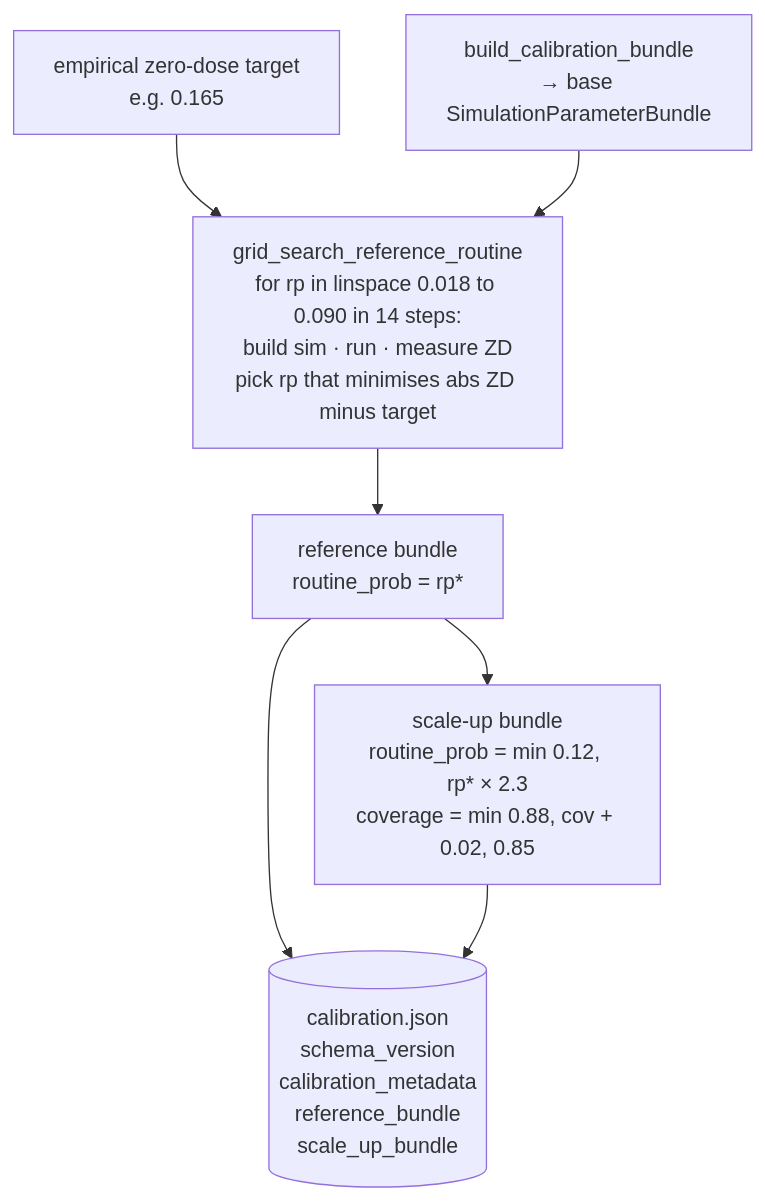
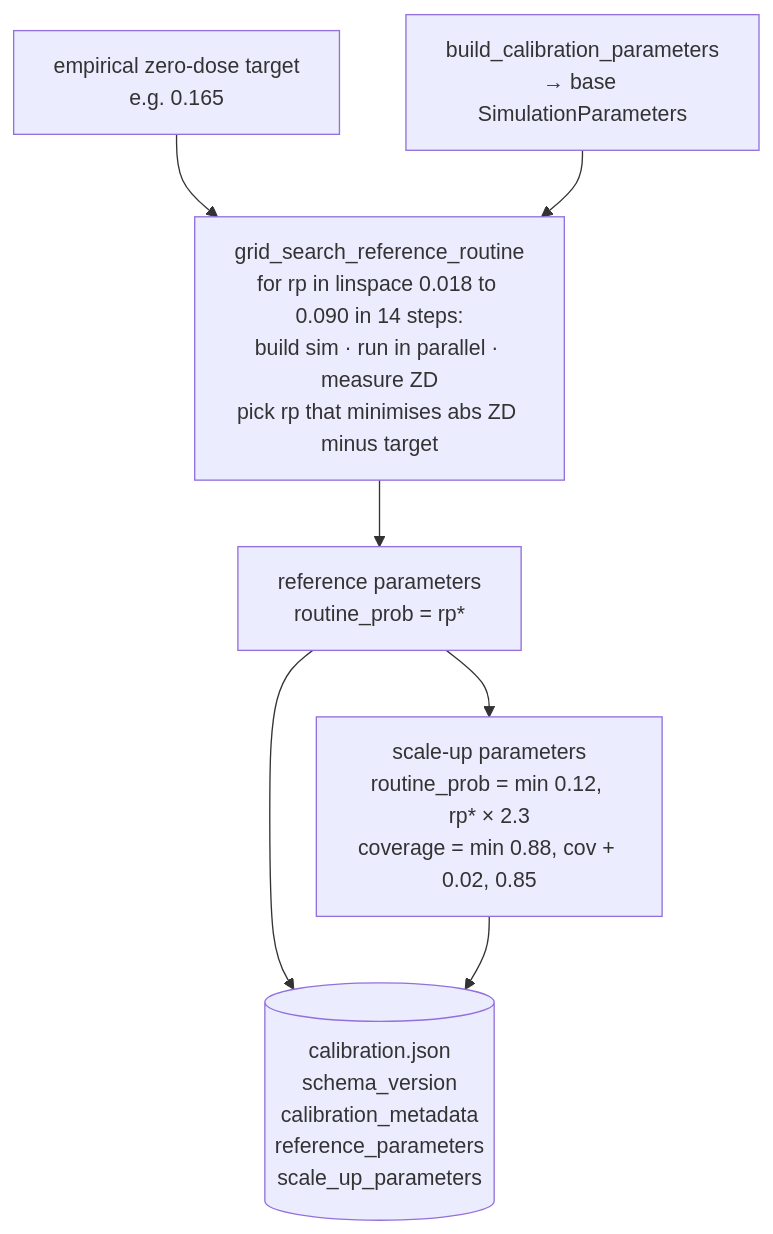
One commit to starsimhub/zdsim changed the third of 12 diagrams in docs/ARCHITECTURE.md. Above: the diagram before and after it, drawn with Mermaid. The commit also changed other lines of this file, not shown here.

````diff
--- a/docs/ARCHITECTURE.md
+++ b/docs/ARCHITECTURE.md
@@ -112,19 +112,19 @@
 ```mermaid
 flowchart TD
     EMP["empirical zero-dose target<br/>e.g. 0.165"]
-    BASE["build_calibration_bundle<br/>→ base SimulationParameterBundle"]
+    BASE["build_calibration_parameters<br/>→ base SimulationParameters"]
 
-    GRID["grid_search_reference_routine<br/>for rp in linspace 0.018 to 0.090 in 14 steps:<br/>build sim · run · measure ZD<br/>pick rp that minimises abs ZD minus target"]
+    GRID["grid_search_reference_routine<br/>for rp in linspace 0.018 to 0.090 in 14 steps:<br/>build sim · run in parallel · measure ZD<br/>pick rp that minimises abs ZD minus target"]
 
-    REF["reference bundle<br/>routine_prob = rp*"]
-    INT["scale-up bundle<br/>routine_prob = min 0.12, rp* × 2.3<br/>coverage = min 0.88, cov + 0.02, 0.85"]
+    REF["reference parameters<br/>routine_prob = rp*"]
+    INT["scale-up parameters<br/>routine_prob = min 0.12, rp* × 2.3<br/>coverage = min 0.88, cov + 0.02, 0.85"]
 
-    OUT_JSON[("calibration.json<br/>schema_version<br/>calibration_metadata<br/>reference_bundle<br/>scale_up_bundle")]
+    OUT_JSON[("calibration.json<br/>schema_version<br/>calibration_metadata<br/>reference_parameters<br/>scale_up_parameters")]
 
     EMP --> GRID
     BASE --> GRID
     GRID --> REF
     REF --> INT
     REF --> OUT_JSON
     INT --> OUT_JSON
 ```
````
